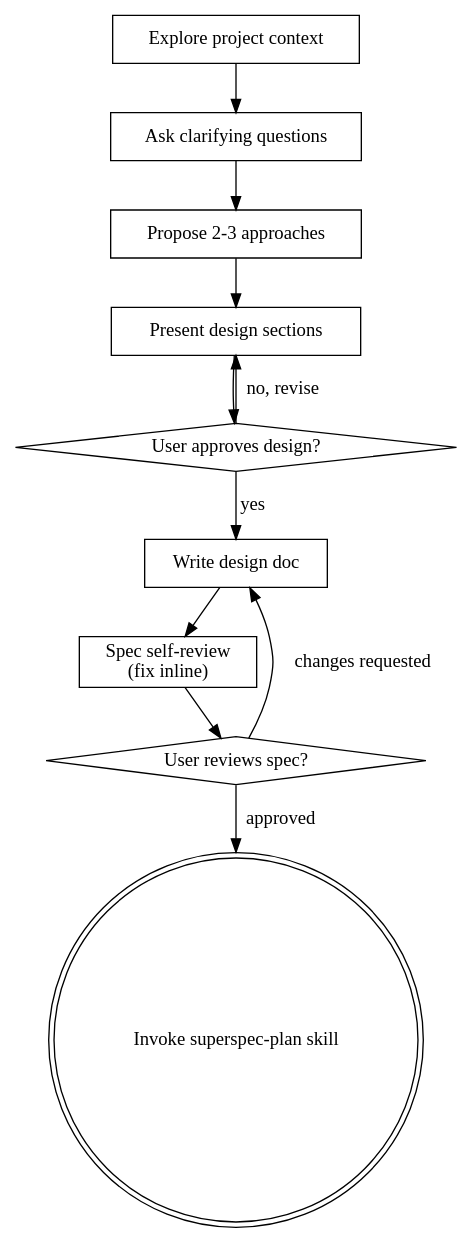
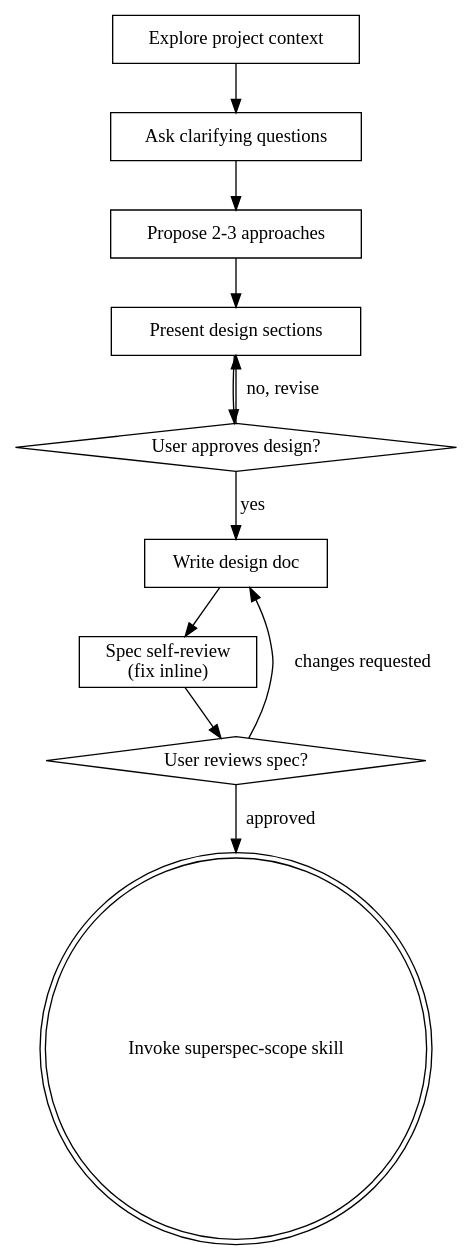
The diagram in skills/superspec-explore/SKILL.md (anupam20sep/superspec), drawn with Graphviz before and after one commit. The commit also changed other lines of this file and 27 other files, not shown here.

````diff
--- a/skills/superspec-explore/SKILL.md
+++ b/skills/superspec-explore/SKILL.md
@@ -36,24 +36,24 @@
 ```dot
 digraph brainstorming {
     "Explore project context" [shape=box];
     "Ask clarifying questions" [shape=box];
     "Propose 2-3 approaches" [shape=box];
     "Present design sections" [shape=box];
     "User approves design?" [shape=diamond];
     "Write design doc" [shape=box];
     "Spec self-review\n(fix inline)" [shape=box];
     "User reviews spec?" [shape=diamond];
-    "Invoke superspec-plan skill" [shape=doublecircle];
+    "Invoke superspec-scope skill" [shape=doublecircle];
 
     "Explore project context" -> "Ask clarifying questions";
     "Ask clarifying questions" -> "Propose 2-3 approaches";
     "Propose 2-3 approaches" -> "Present design sections";
     "Present design sections" -> "User approves design?";
     "User approves design?" -> "Present design sections" [label="no, revise"];
     "User approves design?" -> "Write design doc" [label="yes"];
     "Write design doc" -> "Spec self-review\n(fix inline)";
     "Spec self-review\n(fix inline)" -> "User reviews spec?";
     "User reviews spec?" -> "Write design doc" [label="changes requested"];
-    "User reviews spec?" -> "Invoke superspec-plan skill" [label="approved"];
+    "User reviews spec?" -> "Invoke superspec-scope skill" [label="approved"];
 }
 ```
````
